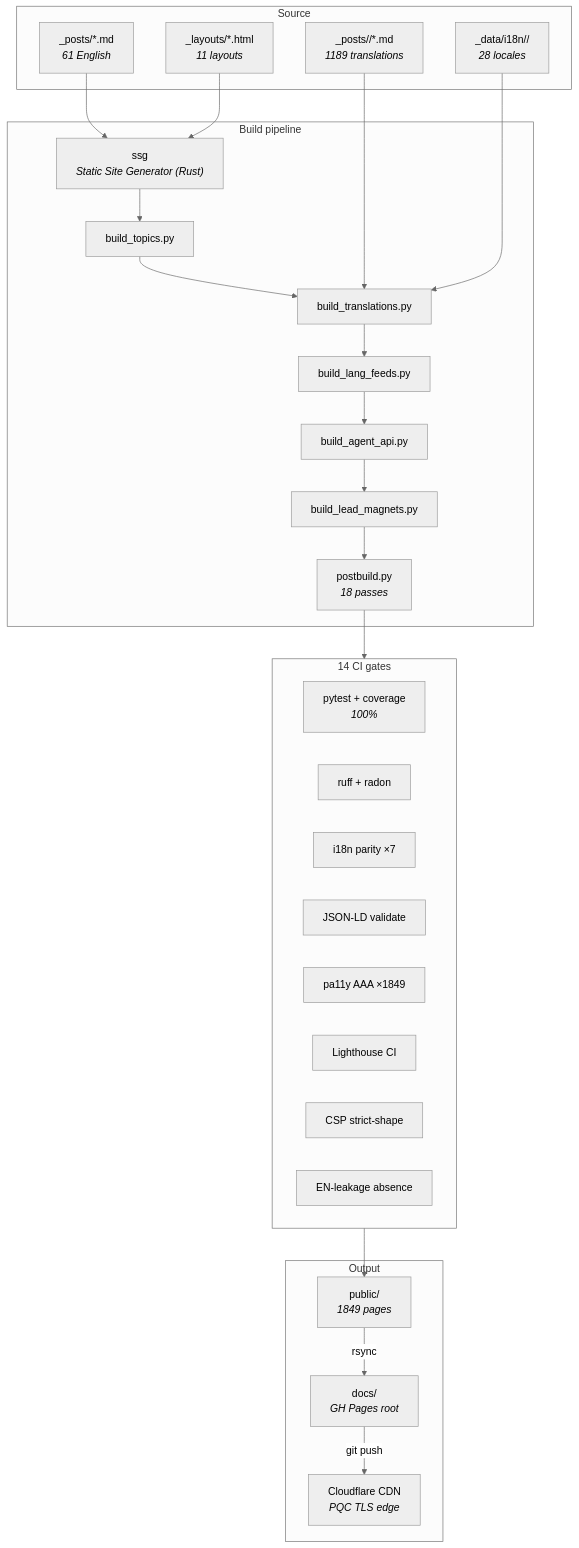
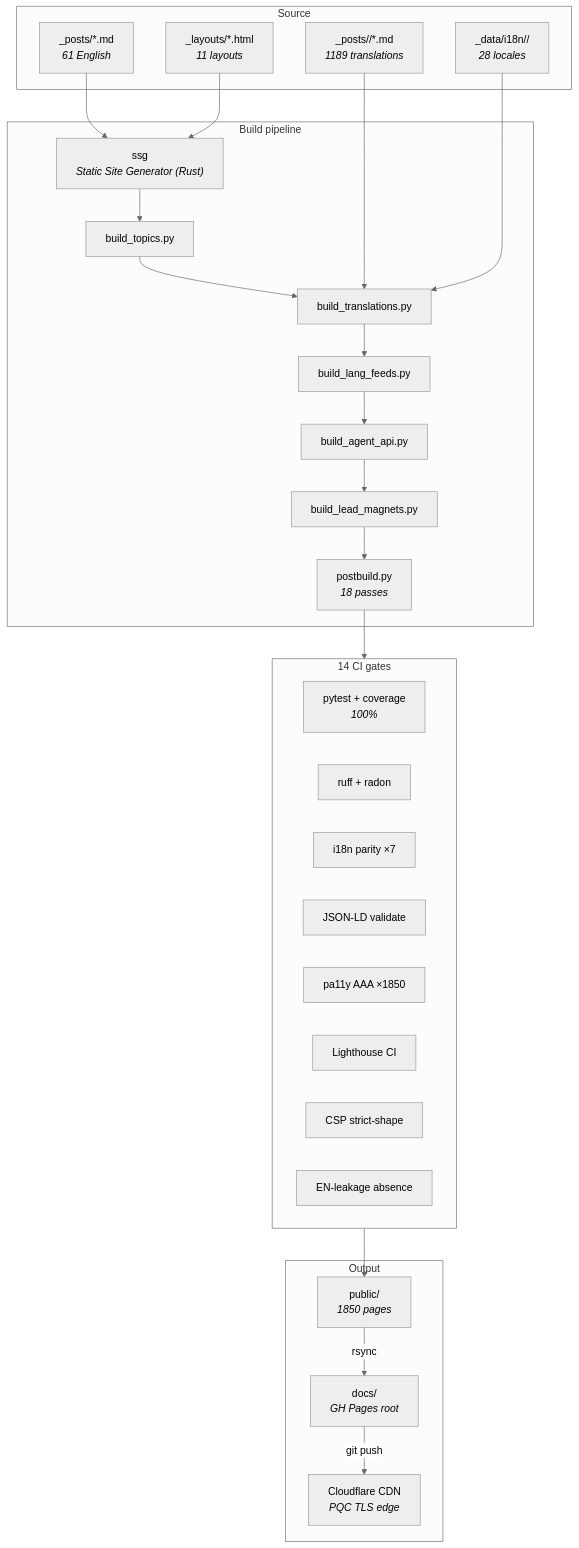
Before and after one commit to sebastienrousseau/sebastienrousseau.github.io: the first of 7 diagrams in README.md, drawn with Mermaid. The commit also changed other lines of this file and 1376 other files, not shown here.

````diff
--- a/README.md
+++ b/README.md
@@ -134,52 +139,52 @@
 ```mermaid
 %%{init: {'theme':'neutral'} }%%
 flowchart TB
  subgraph SRC["Source"]
  EN["_posts/*.md<br/><i>61 English</i>"]
  T["_posts/<lang>/*.md<br/><i>1189 translations</i>"]
  L["_layouts/*.html<br/><i>11 layouts</i>"]
  D["_data/i18n/<lang>/<br/><i>28 locales</i>"]
  end
 
  subgraph BUILD["Build pipeline"]
  SSG["ssg<br/><i>Static Site Generator (Rust)</i>"]
  BT["build_topics.py"]
  BR["build_translations.py"]
  BF["build_lang_feeds.py"]
  BA["build_agent_api.py"]
  BL["build_lead_magnets.py"]
  PB["postbuild.py<br/><i>18 passes</i>"]
  end
 
  subgraph GATES["14 CI gates"]
  G1["pytest + coverage<br/><i>100%</i>"]
  G2["ruff + radon"]
  G3["i18n parity ×7"]
  G4["JSON-LD validate"]
- G5["pa11y AAA ×1849"]
+ G5["pa11y AAA ×1850"]
  G6["Lighthouse CI"]
  G7["CSP strict-shape"]
  G8["EN-leakage absence"]
  end
 
  subgraph OUT["Output"]
- P["public/<br/><i>1849 pages</i>"]
+ P["public/<br/><i>1850 pages</i>"]
  DC["docs/<br/><i>GH Pages root</i>"]
  CF["Cloudflare CDN<br/><i>PQC TLS edge</i>"]
  end
 
  EN --> SSG
  L --> SSG
  SSG --> BT
  BT --> BR
  T --> BR
  D --> BR
  BR --> BF
  BF --> BA
  BA --> BL
  BL --> PB
  PB --> GATES
  GATES --> P
  P -->|rsync| DC
  DC -->|git push| CF
 ```
````
